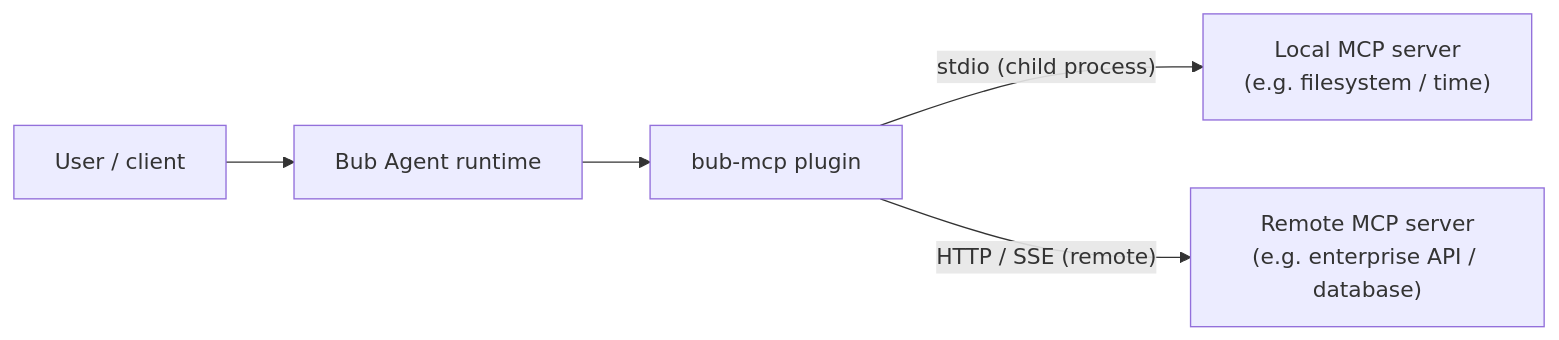
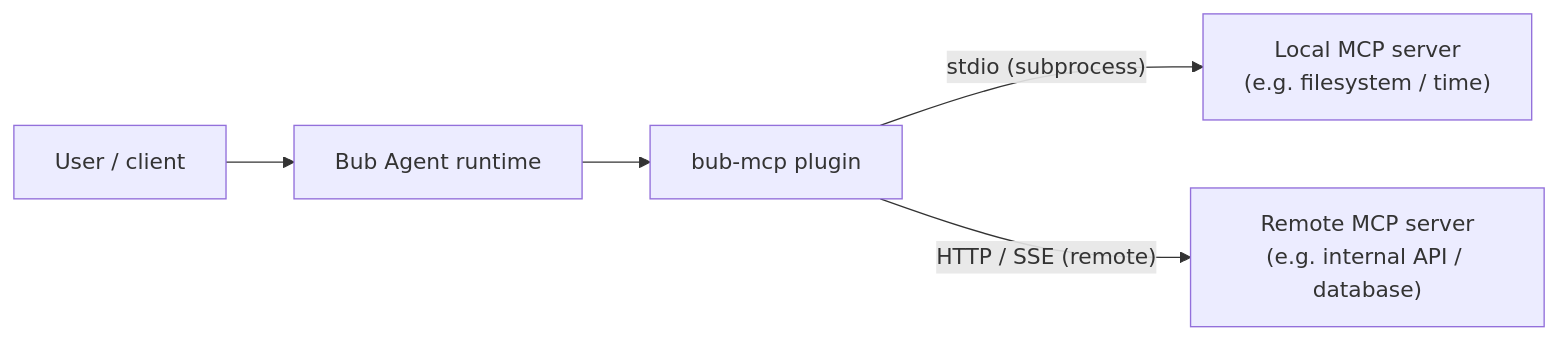
Before and after one commit to bubbuild/bub: the diagram in website/src/content/docs/docs/integrations/mcp.mdx, drawn with Mermaid. The commit also changed other lines of this file and 74 other files, not shown here.

````diff
--- a/website/src/content/docs/docs/integrations/mcp.mdx
+++ b/website/src/content/docs/docs/integrations/mcp.mdx
@@ -14,7 +14,7 @@
 ```mermaid
 flowchart LR
     User["User / client"] --> Bub["Bub Agent runtime"]
     Bub --> Plugin["bub-mcp plugin"]
-    Plugin -->|"stdio (child process)"| LocalServer["Local MCP server\n(e.g. filesystem / time)"]
-    Plugin -->|"HTTP / SSE (remote)"| RemoteServer["Remote MCP server\n(e.g. enterprise API / database)"]
+    Plugin -->|"stdio (subprocess)"| LocalServer["Local MCP server\n(e.g. filesystem / time)"]
+    Plugin -->|"HTTP / SSE (remote)"| RemoteServer["Remote MCP server\n(e.g. internal API / database)"]
 ```
````
